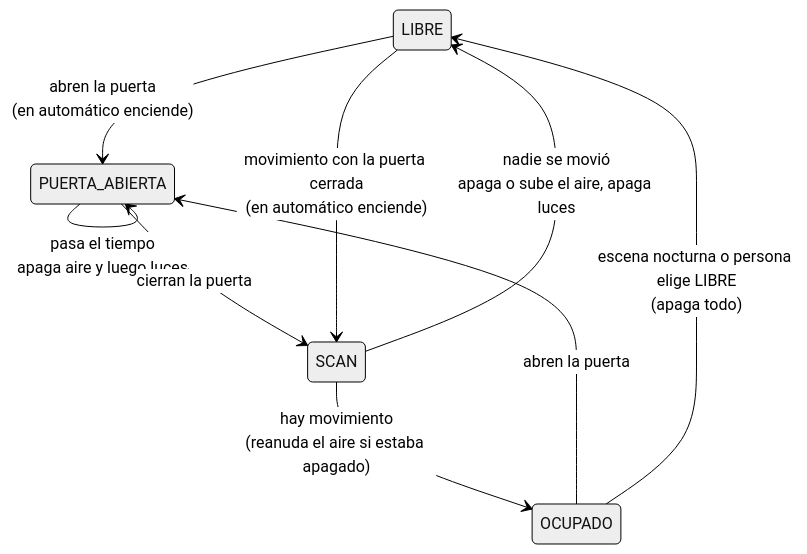
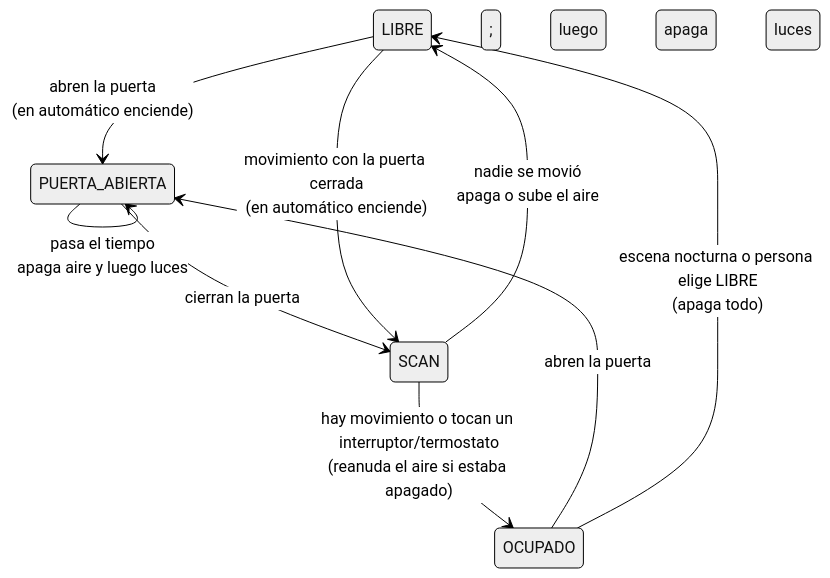
One commit to NovaEnergyCo/home-assistant-blueprints changed the diagram in aula-puerta-movimiento-horario/README.md. Above: the diagram before and after it, drawn with Mermaid (neutral theme). The commit also changed other lines of this file and 1 other file, not shown here.

````diff
--- a/aula-puerta-movimiento-horario/README.md
+++ b/aula-puerta-movimiento-horario/README.md
@@ -45,11 +45,11 @@
 ```mermaid
 stateDiagram-v2
     LIBRE --> PUERTA_ABIERTA: abren la puerta<br/>(en automático enciende)
     PUERTA_ABIERTA --> PUERTA_ABIERTA: pasa el tiempo<br/>apaga aire y luego luces
     PUERTA_ABIERTA --> SCAN: cierran la puerta
-    SCAN --> OCUPADO: hay movimiento<br/>(reanuda el aire si estaba apagado)
-    SCAN --> LIBRE: nadie se movió<br/>apaga o sube el aire, apaga luces
+    SCAN --> OCUPADO: hay movimiento o tocan un interruptor/termostato<br/>(reanuda el aire si estaba apagado)
+    SCAN --> LIBRE: nadie se movió<br/>apaga o sube el aire; luego apaga luces
     OCUPADO --> PUERTA_ABIERTA: abren la puerta
     LIBRE --> SCAN: movimiento con la puerta cerrada<br/>(en automático enciende)
     OCUPADO --> LIBRE: escena nocturna o persona elige LIBRE<br/>(apaga todo)
 ```
````
